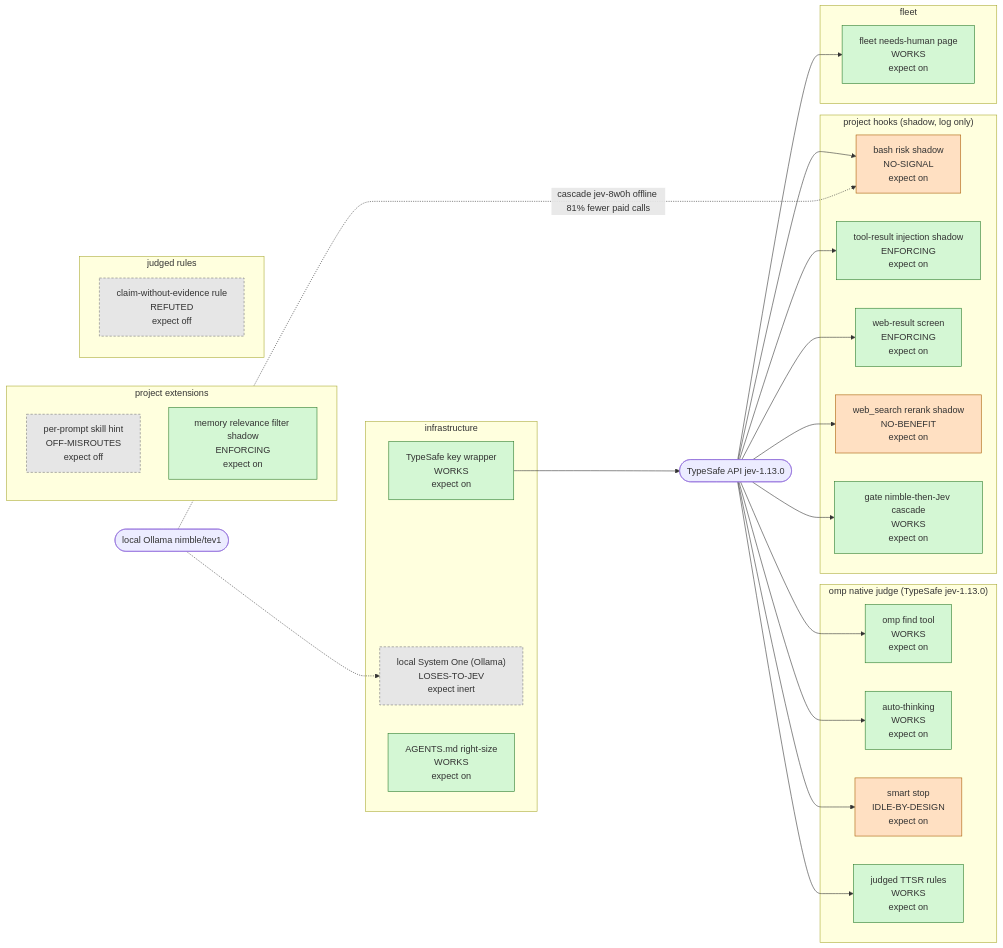
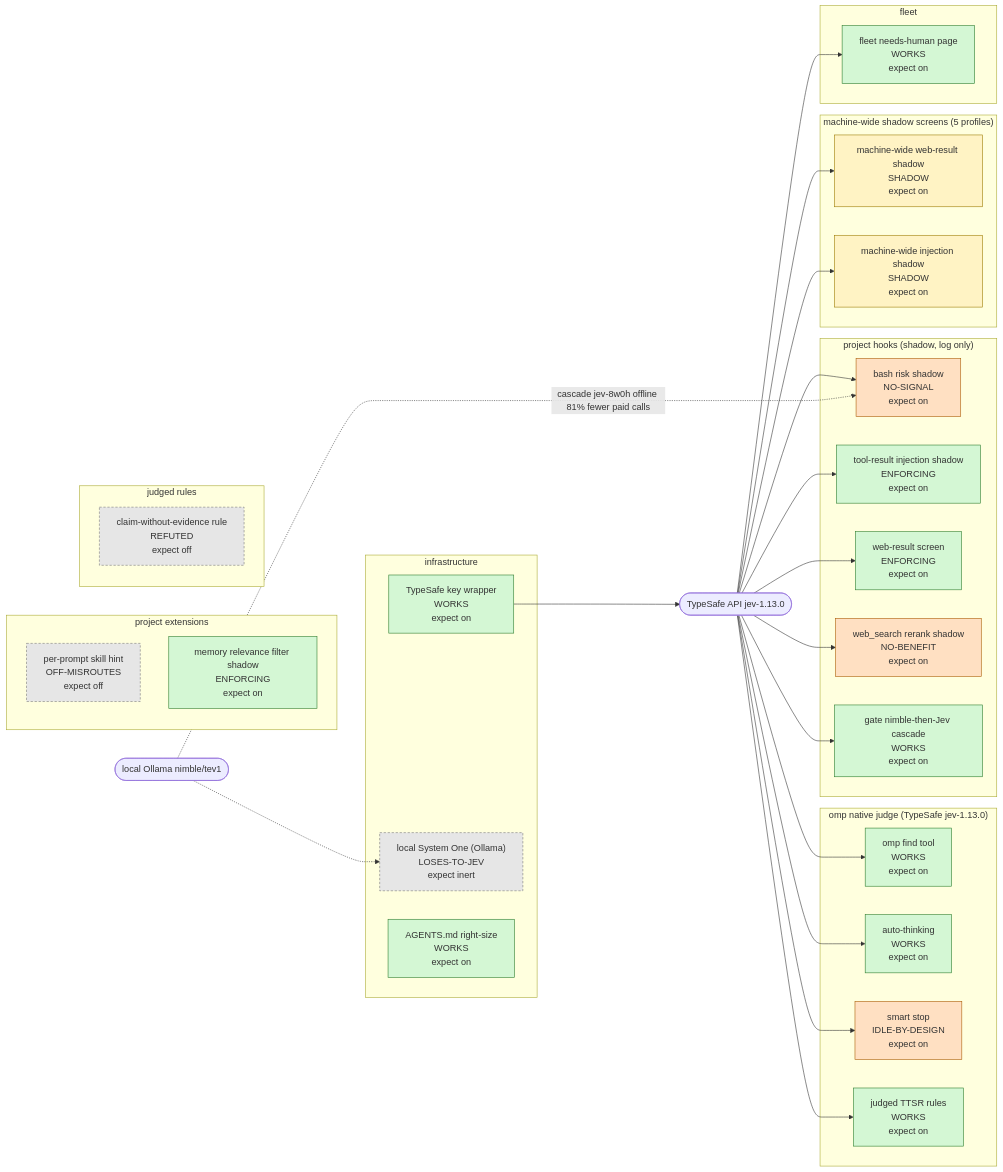
The diagram in work/jev-inventory/goldens/inventory-structure.mmd (JYeswak/jev_playground), drawn with Mermaid before and after one commit. The commit also changed 3 other files, not shown here.

Commit message:
jev-j0er global hook drift check: inode+sha conformance FAIL on divergence [test]

```diff
--- a/work/jev-inventory/goldens/inventory-structure.mmd
+++ b/work/jev-inventory/goldens/inventory-structure.mmd
@@ -1,51 +1,58 @@
 flowchart LR
   JEV(["TypeSafe API jev-1.13.0"])
   LOCAL(["local Ollama nimble/tev1"])
   subgraph native["omp native judge (TypeSafe jev-1.13.0)"]
     find["omp find tool<br/>WORKS<br/>expect on"]
     auto_thinking["auto-thinking<br/>WORKS<br/>expect on"]
     smart_stop["smart stop<br/>IDLE-BY-DESIGN<br/>expect on"]
     ttsr_judged["judged TTSR rules<br/>WORKS<br/>expect on"]
   end
   subgraph hook["project hooks (shadow, log only)"]
     gate_observe["bash risk shadow<br/>NO-SIGNAL<br/>expect on"]
     injection_shadow["tool-result injection shadow<br/>ENFORCING<br/>expect on"]
     webscreen["web-result screen<br/>ENFORCING<br/>expect on"]
     websearch_rerank["web_search rerank shadow<br/>NO-BENEFIT<br/>expect on"]
     gate_cascade["gate nimble-then-Jev cascade<br/>WORKS<br/>expect on"]
+  end
+  subgraph global["machine-wide shadow screens (5 profiles)"]
+    webscreen_global["machine-wide web-result shadow<br/>SHADOW<br/>expect on"]
+    injection_global["machine-wide injection shadow<br/>SHADOW<br/>expect on"]
   end
   subgraph extension["project extensions"]
     skill_hint["per-prompt skill hint<br/>OFF-MISROUTES<br/>expect off"]
     memory_filter["memory relevance filter shadow<br/>ENFORCING<br/>expect on"]
   end
   subgraph rule["judged rules"]
     claim_rule["claim-without-evidence rule<br/>REFUTED<br/>expect off"]
   end
   subgraph fleet["fleet"]
     needs_human["fleet needs-human page<br/>WORKS<br/>expect on"]
   end
   subgraph infra["infrastructure"]
     key_wrapper["TypeSafe key wrapper<br/>WORKS<br/>expect on"]
     local_sys1["local System One (Ollama)<br/>LOSES-TO-JEV<br/>expect inert"]
     agents_trim["AGENTS.md right-size<br/>WORKS<br/>expect on"]
   end
   JEV --> find
   JEV --> auto_thinking
   JEV --> smart_stop
   JEV --> ttsr_judged
   JEV --> gate_observe
   JEV --> injection_shadow
   JEV --> webscreen
   JEV --> websearch_rerank
   JEV --> needs_human
   LOCAL -.-> local_sys1
   JEV --> gate_cascade
+  JEV --> webscreen_global
+  JEV --> injection_global
   LOCAL -. cascade jev-8w0h offline 81% fewer paid calls .-> gate_observe
   key_wrapper --> JEV
   classDef works fill:#d4f7d4,stroke:#2a7a2a
   classDef unproven fill:#fff3c4,stroke:#9a7a00
   classDef nobenefit fill:#ffe0c2,stroke:#a85a00
   classDef off fill:#e6e6e6,stroke:#777,stroke-dasharray:4 3
   class smart_stop,gate_observe,websearch_rerank nobenefit
   class skill_hint,claim_rule,local_sys1 off
+  class webscreen_global,injection_global unproven
   class find,auto_thinking,ttsr_judged,injection_shadow,webscreen,needs_human,key_wrapper,agents_trim,memory_filter,gate_cascade works
```
